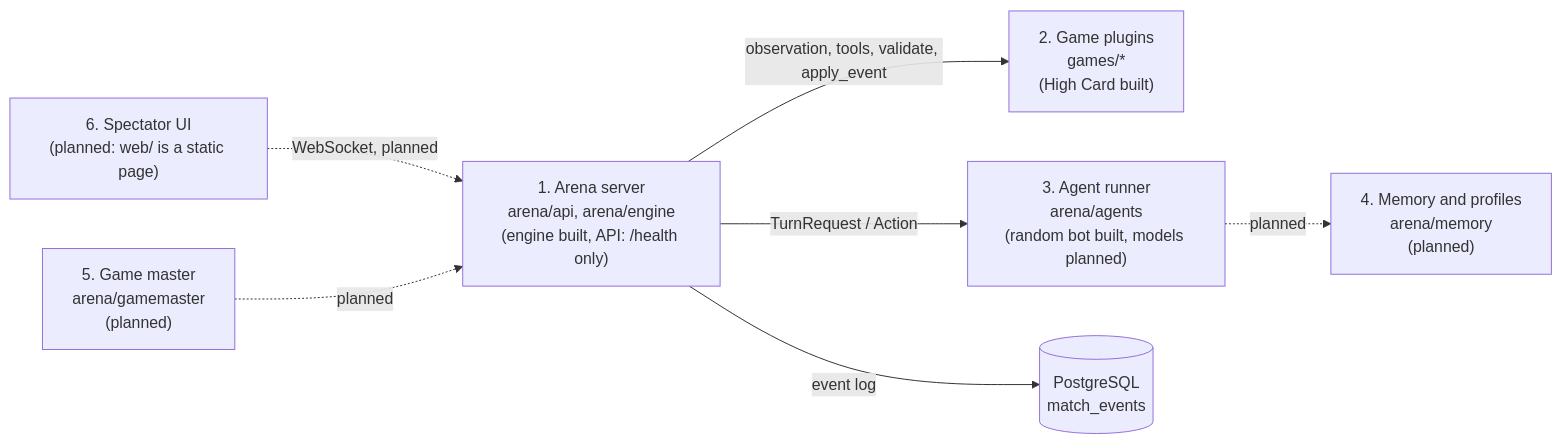
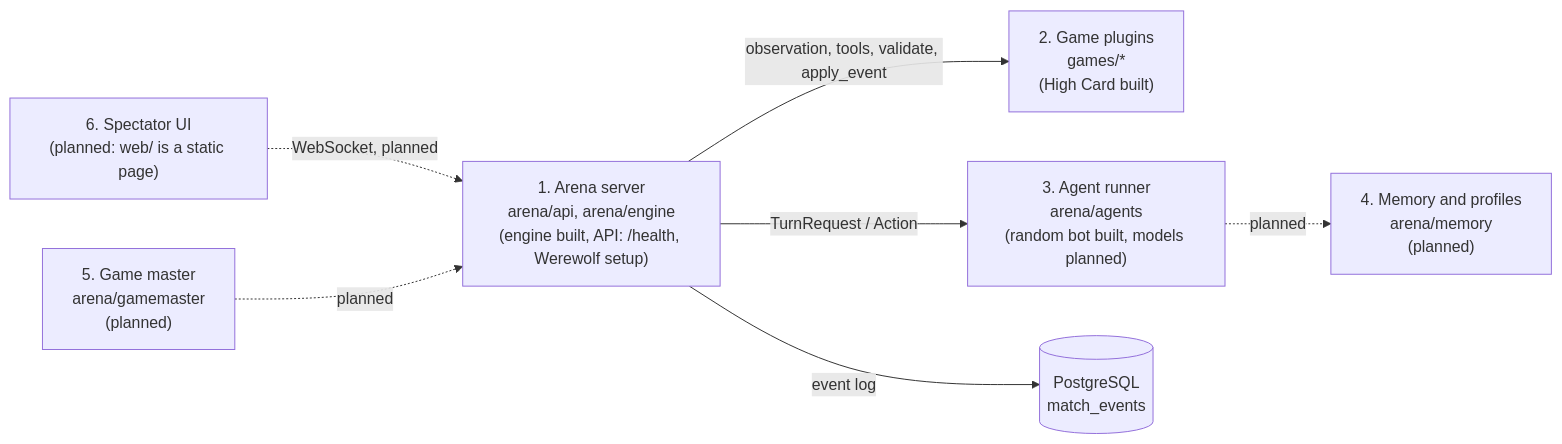
The first of 2 diagrams in docs/ARCHITECTURE.md (NwebNotFound/aigameversus), drawn with Mermaid before and after one commit. The commit also changed other lines of this file and 8 other files, not shown here.

````diff
--- a/docs/ARCHITECTURE.md
+++ b/docs/ARCHITECTURE.md
@@ -8,16 +8,16 @@
 ```mermaid
 flowchart LR
     UI["6. Spectator UI<br/>(planned: web/ is a static page)"]
-    SRV["1. Arena server<br/>arena/api, arena/engine<br/>(engine built, API: /health only)"]
+    SRV["1. Arena server<br/>arena/api, arena/engine<br/>(engine built, API: /health, Werewolf setup)"]
     PLG["2. Game plugins<br/>games/*<br/>(High Card built)"]
     AGT["3. Agent runner<br/>arena/agents<br/>(random bot built, models planned)"]
     MEM["4. Memory and profiles<br/>arena/memory<br/>(planned)"]
     GM["5. Game master<br/>arena/gamemaster<br/>(planned)"]
     DB[("PostgreSQL<br/>match_events")]
     UI -. "WebSocket, planned" .-> SRV
     SRV -->|"observation, tools, validate, apply_event"| PLG
     SRV -->|"TurnRequest / Action"| AGT
     AGT -. "planned" .-> MEM
     GM -. "planned" .-> SRV
     SRV -->|"event log"| DB
 ```
````
